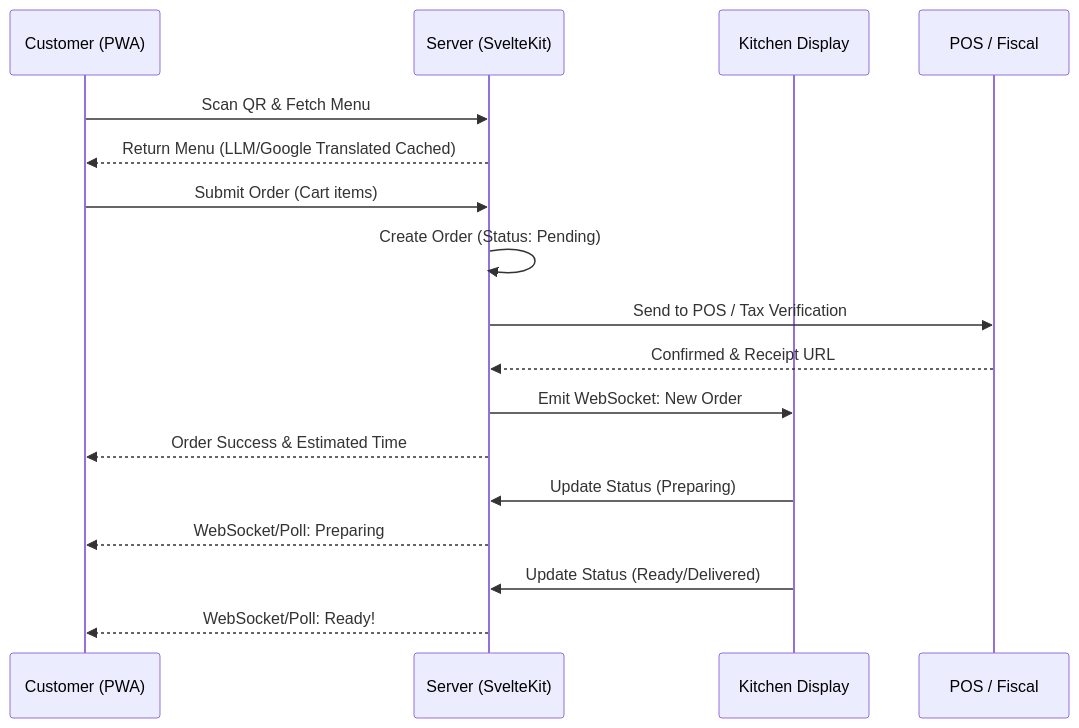
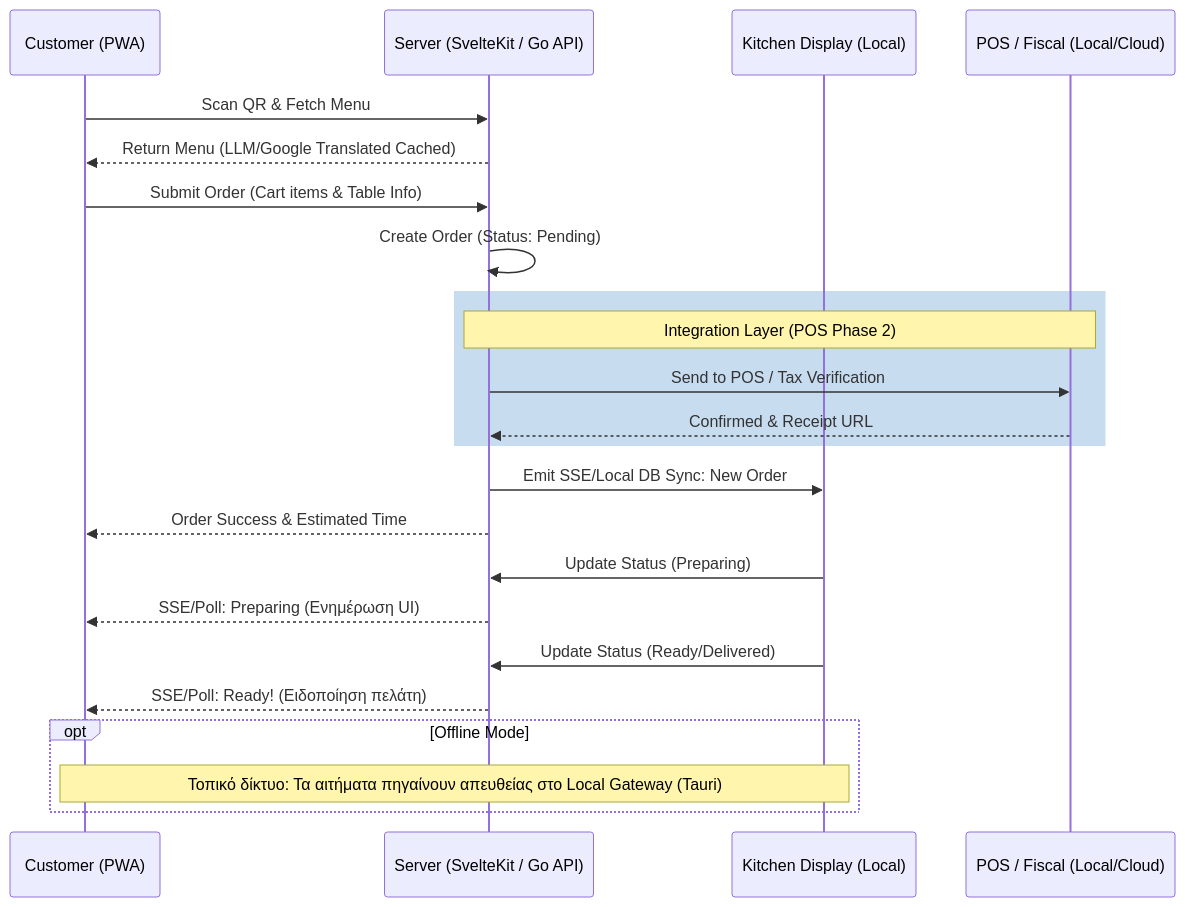
One commit to dolly450/orderly_docs changed the diagram in architecture/ordering-flow.md. Above: the diagram before and after it, drawn with Mermaid. The commit also changed other lines of this file and 11 other files, not shown here.

````diff
--- a/architecture/ordering-flow.md
+++ b/architecture/ordering-flow.md
@@ -7,20 +7,31 @@
 ```mermaid
 sequenceDiagram
     participant C as Customer (PWA)
-    participant S as Server (SvelteKit)
-    participant K as Kitchen Display
-    participant P as POS / Fiscal
+    participant S as Server (SvelteKit / Go API)
+    participant K as Kitchen Display (Local)
+    participant P as POS / Fiscal (Local/Cloud)
 
     C->>S: Scan QR & Fetch Menu
     S-->>C: Return Menu (LLM/Google Translated Cached)
-    C->>S: Submit Order (Cart items)
+    C->>S: Submit Order (Cart items & Table Info)
     S->>S: Create Order (Status: Pending)
-    S->>P: Send to POS / Tax Verification
-    P-->>S: Confirmed & Receipt URL
-    S->>K: Emit WebSocket: New Order
+
+    rect rgb(200, 220, 240)
+        Note over S,P: Integration Layer (POS Phase 2)
+        S->>P: Send to POS / Tax Verification
+        P-->>S: Confirmed & Receipt URL
+    end
+
+    S->>K: Emit SSE/Local DB Sync: New Order
     S-->>C: Order Success & Estimated Time
+
     K->>S: Update Status (Preparing)
-    S-->>C: WebSocket/Poll: Preparing
+    S-->>C: SSE/Poll: Preparing (Ενημέρωση UI)
+
     K->>S: Update Status (Ready/Delivered)
-    S-->>C: WebSocket/Poll: Ready!
+    S-->>C: SSE/Poll: Ready! (Ειδοποίηση πελάτη)
+
+    opt Offline Mode
+        Note over C,K: Τοπικό δίκτυο: Τα αιτήματα πηγαίνουν απευθείας στο Local Gateway (Tauri)
+    end
 ```
````
